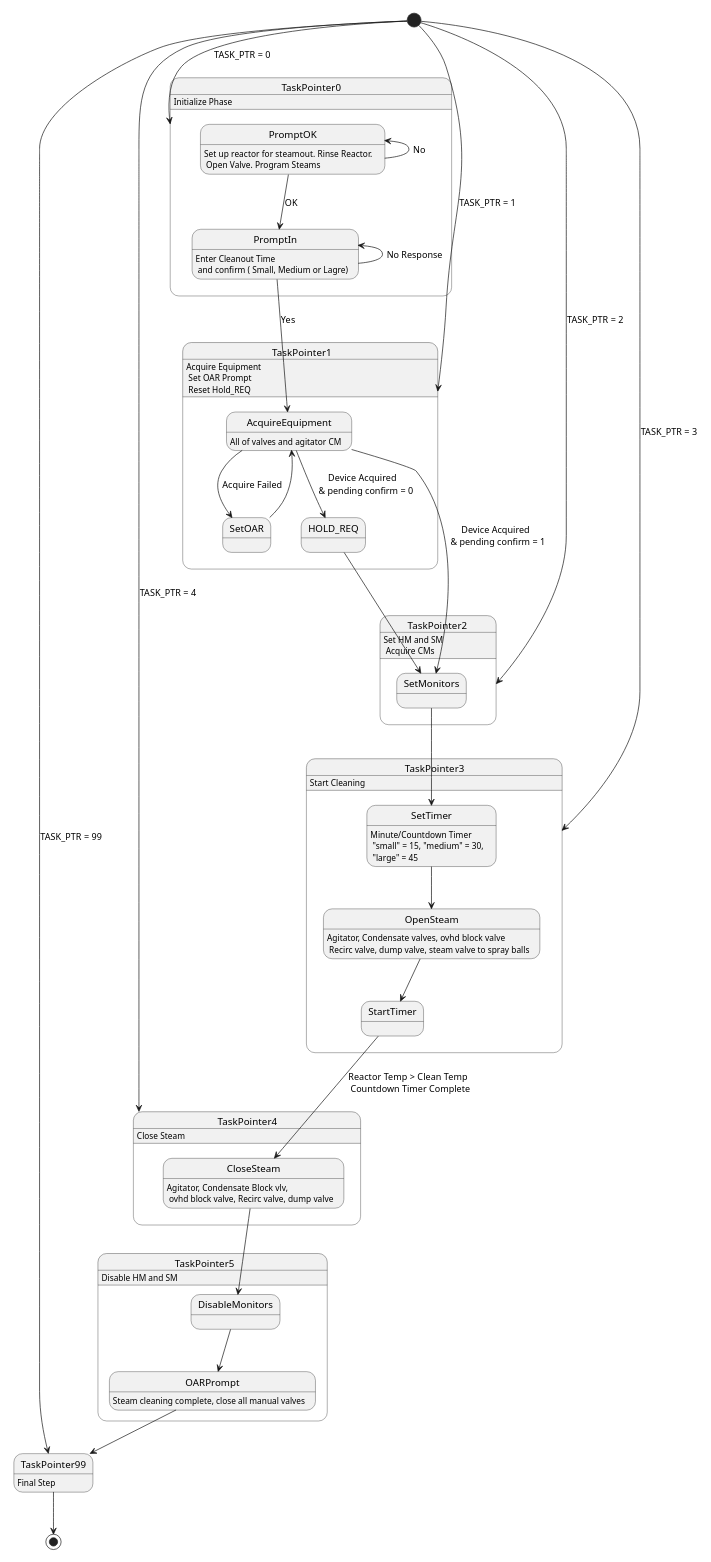
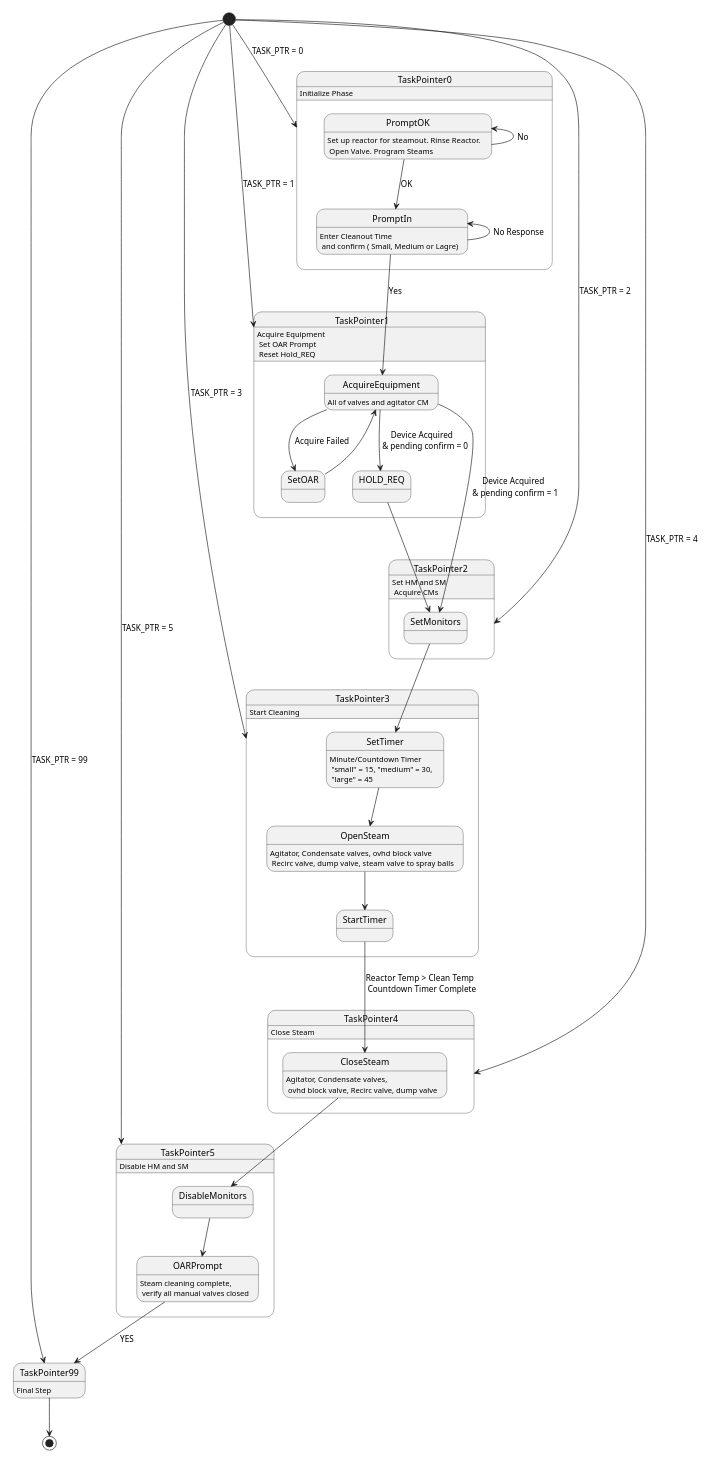
The diagram in TESTSPEC_VPENG/PH_AL_CLN_STM.puml (mekcrab/Solvay_test), drawn with PlantUML before and after one commit.

Commit message:
Added a countdown timer for steam cleaning

```diff
--- a/TESTSPEC_VPENG/PH_AL_CLN_STM.puml
+++ b/TESTSPEC_VPENG/PH_AL_CLN_STM.puml
@@ -1,89 +1,90 @@
 @startuml
 scale 550 width
 
 [*] --> TaskPointer0: TASK_PTR = 0
 [*] --> TaskPointer1: TASK_PTR = 1
 [*] --> TaskPointer2: TASK_PTR = 2
 [*] --> TaskPointer3: TASK_PTR = 3
 [*] --> TaskPointer4: TASK_PTR = 4
+[*] --> TaskPointer5: TASK_PTR = 5
 [*] --> TaskPointer99: TASK_PTR = 99
 
 
 TaskPointer0: Initialize Phase
 state TaskPointer0{
 
 PromptOK: Set up reactor for steamout. Rinse Reactor. \n Open Valve. Program Steams
 PromptOK -up-> PromptOK: No
 
 PromptOK --> PromptIn: OK
 PromptIn: Enter Cleanout Time \n and confirm ( Small, Medium or Lagre)
 PromptIn -up-> PromptIn: No Response
 
 
 }
 
 
 TaskPointer1:  Acquire Equipment \n Set OAR Prompt \n Reset Hold_REQ
 
 state TaskPointer1 {
 
 PromptIn --> AcquireEquipment: Yes
 AcquireEquipment --> SetOAR: Acquire Failed
 AcquireEquipment: All of valves and agitator CM
 SetOAR --> AcquireEquipment
 AcquireEquipment --> HOLD_REQ: Device Acquired  \n & pending confirm = 0
 
 
 }
 
 
 
 TaskPointer2: Set HM and SM \n Acquire CMs
 
 state TaskPointer2 {
 
 AcquireEquipment --> SetMonitors: Device Acquired \n & pending confirm = 1
 HOLD_REQ --> SetMonitors
 
 }
 
 
 TaskPointer3: Start Cleaning
 
 state TaskPointer3 {
 
 SetMonitors --> SetTimer
 SetTimer: Minute/Countdown Timer \n "small" = 15, "medium" = 30, \n "large" = 45
 
 SetTimer --> OpenSteam
 OpenSteam: Agitator, Condensate valves, ovhd block valve \n Recirc valve, dump valve, steam valve to spray balls
 
 OpenSteam --> StartTimer
 
 }
 
 
 TaskPointer4: Close Steam
 state TaskPointer4{
 StartTimer --> CloseSteam: Reactor Temp > Clean Temp \n Countdown Timer Complete
-CloseSteam: Agitator, Condensate Block vlv, \n ovhd block valve, Recirc valve, dump valve
+CloseSteam: Agitator, Condensate valves, \n ovhd block valve, Recirc valve, dump valve
 
 }
 
 
 TaskPointer5: Disable HM and SM
 
 state TaskPointer5 {
 CloseSteam --> DisableMonitors
 
 DisableMonitors --> OARPrompt
 
-OARPrompt --> TaskPointer99
-OARPrompt: Steam cleaning complete, close all manual valves
+OARPrompt --> TaskPointer99: YES
+OARPrompt: Steam cleaning complete, \n verify all manual valves closed
 
 }
 
 TaskPointer99: Final Step
 
 TaskPointer99 --> [*]
 @enduml
```
